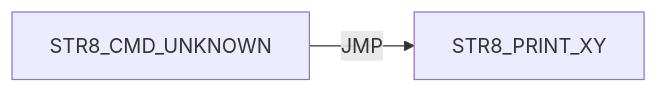
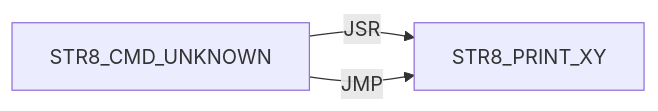
One commit to 95westus/R-YORS changed diagram 40 of 41 in DOC/GUIDES/STR8/STR8_EDGE_DUMP.md. Above: the diagram before and after it, drawn with Mermaid. The commit also changed other lines of this file and 40 other files, not shown here.

````diff
--- a/DOC/GUIDES/STR8/STR8_EDGE_DUMP.md
+++ b/DOC/GUIDES/STR8/STR8_EDGE_DUMP.md
@@ -419,4 +486,5 @@
 ```mermaid
 flowchart LR
+    N0["STR8_CMD_UNKNOWN"] -->|JSR| N1["STR8_PRINT_XY"]
     N0["STR8_CMD_UNKNOWN"] -->|JMP| N1["STR8_PRINT_XY"]
 ```
````
